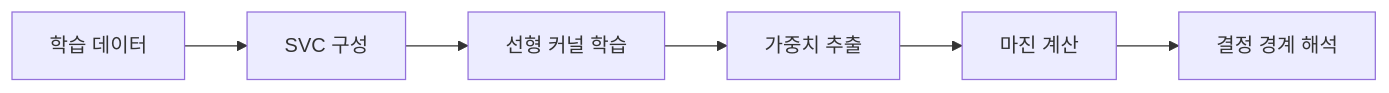
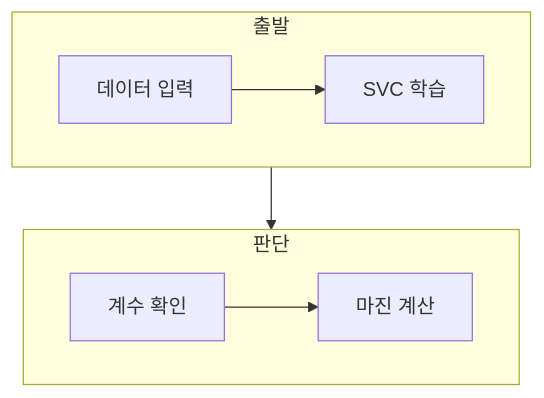
The diagram in ComputerScience/03_ai-ml-data/machine-learning/notes/01. QP 기반 SVM과 마진.md (umyunsang/edu), drawn with Mermaid before and after one commit. The commit also changed other lines of this file and 2 other files, not shown here.

````diff
--- a/ComputerScience/03_ai-ml-data/machine-learning/notes/01. QP 기반 SVM과 마진.md
+++ b/ComputerScience/03_ai-ml-data/machine-learning/notes/01. QP 기반 SVM과 마진.md
@@ -20,8 +23,12 @@
 ```mermaid
-flowchart LR
-  A[학습 데이터] --> B[SVC 구성]
-  B --> C[선형 커널 학습]
-  C --> D[가중치 추출]
-  D --> E[마진 계산]
-  E --> F[결정 경계 해석]
+flowchart TB
+    subgraph Input[출발]
+        direction LR
+        A[데이터 입력] --> B[SVC 학습]
+    end
+    subgraph Decision[판단]
+        direction LR
+        C[계수 확인] --> D[마진 계산]
+    end
+    B --> C
 ```
````
